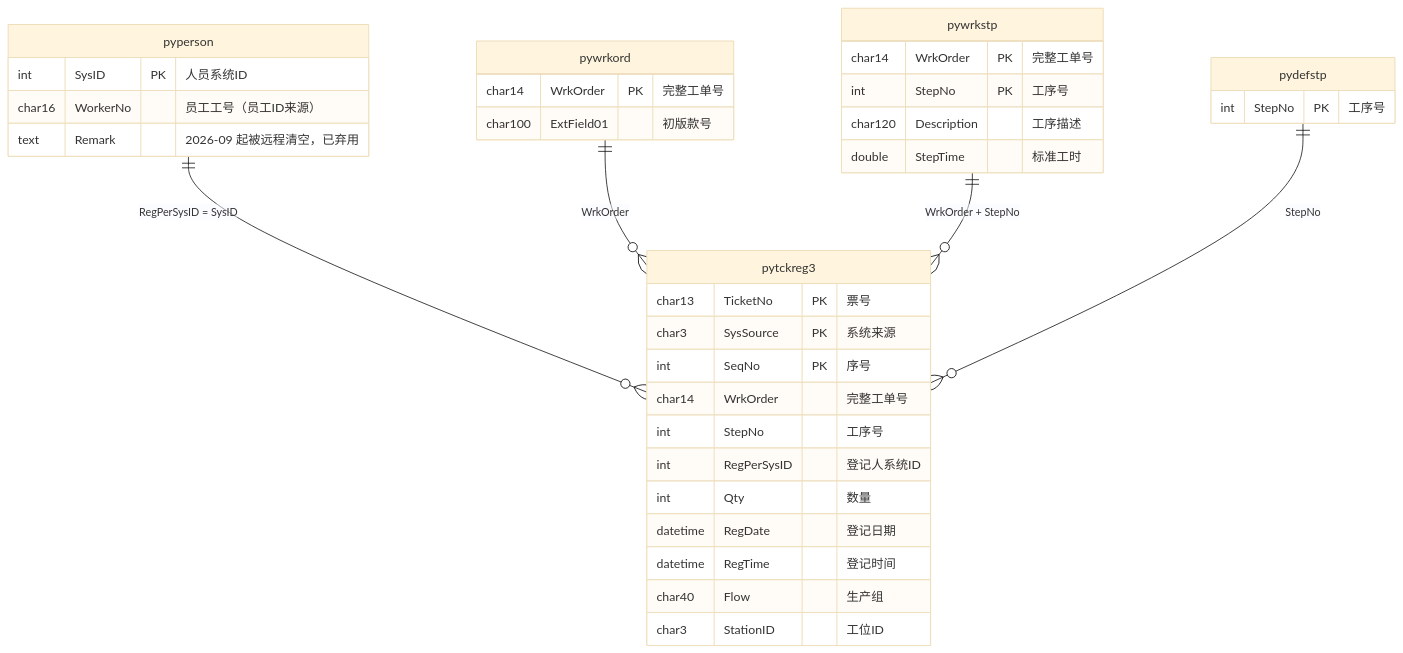
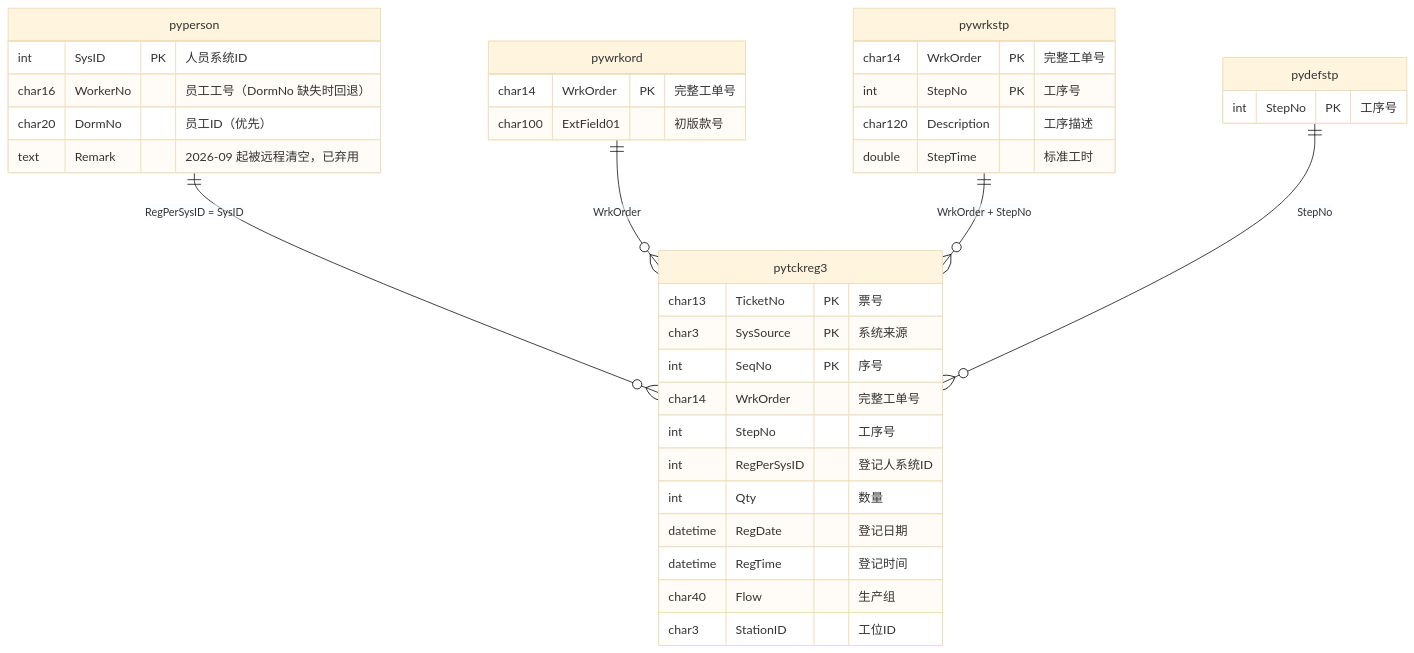
Before and after one commit to jiejiejie113/iwork11: the diagram in PCI看板框架&前后端数据映射.md, drawn with Mermaid (base theme). The commit also changed other lines of this file and 1 other file, not shown here.

First line of the commit message:
[2026-09-17][DOCS] 员工 ID 映射文档同步为 DormNo 优先、WorkerNo 回退

````diff
--- a/PCI看板框架&前后端数据映射.md
+++ b/PCI看板框架&前后端数据映射.md
@@ -331,39 +331,40 @@
 ```mermaid
 erDiagram
     pyperson {
         int SysID PK "人员系统ID"
-        char16 WorkerNo "员工工号（员工ID来源）"
+        char16 WorkerNo "员工工号（DormNo 缺失时回退）"
+        char20 DormNo "员工ID（优先）"
         text Remark "2026-09 起被远程清空，已弃用"
     }
     pytckreg3 {
         char13 TicketNo PK "票号"
         char3 SysSource PK "系统来源"
         int SeqNo PK "序号"
         char14 WrkOrder "完整工单号"
         int StepNo "工序号"
         int RegPerSysID "登记人系统ID"
         int Qty "数量"
         datetime RegDate "登记日期"
         datetime RegTime "登记时间"
         char40 Flow "生产组"
         char3 StationID "工位ID"
     }
     pywrkord {
         char14 WrkOrder PK "完整工单号"
         char100 ExtField01 "初版款号"
     }
     pywrkstp {
         char14 WrkOrder PK "完整工单号"
         int StepNo PK "工序号"
         char120 Description "工序描述"
         double StepTime "标准工时"
     }
     pydefstp {
         int StepNo PK "工序号"
     }
 
     pyperson ||--o{ pytckreg3 : "RegPerSysID = SysID"
     pywrkord ||--o{ pytckreg3 : "WrkOrder"
     pywrkstp ||--o{ pytckreg3 : "WrkOrder + StepNo"
     pydefstp ||--o{ pytckreg3 : "StepNo"
 ```
````
